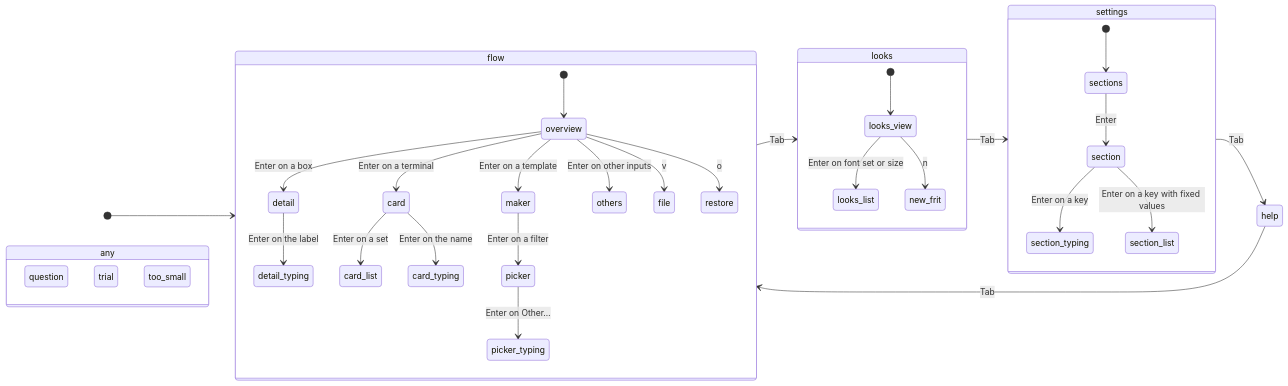
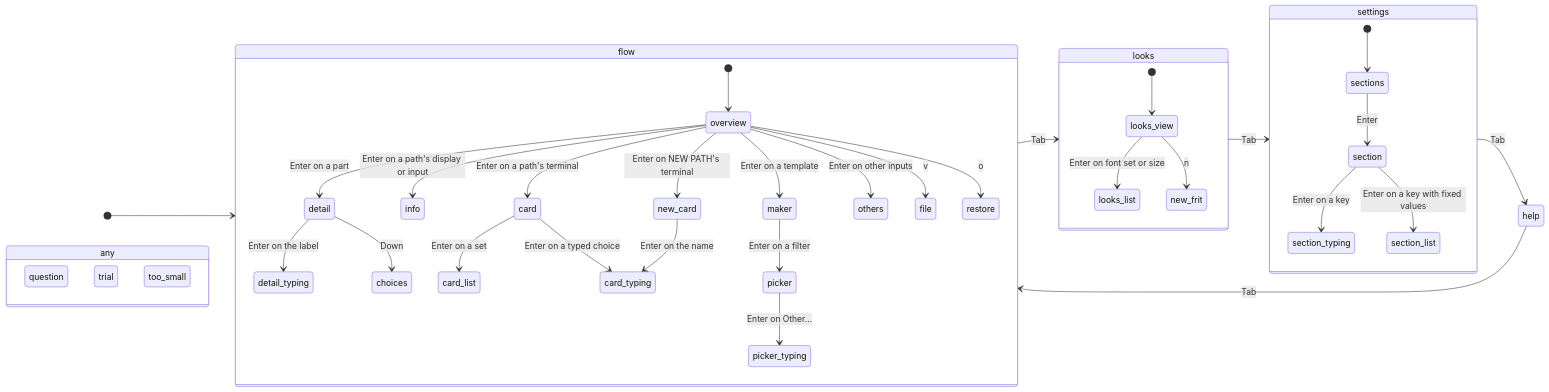
Before and after one commit to vtium/vtium: the diagram in docs/architecture/platform/ADR-1403-vtium-conf-holds-the-configuration-as-one-flow-from-the-displays-to-the-input-devices-and-vtium-config-draws-it.md, drawn with Mermaid. The commit also changed other lines of this file and 17 other files, not shown here.

````diff
--- a/docs/architecture/platform/ADR-1403-vtium-conf-holds-the-configuration-as-one-flow-from-the-displays-to-the-input-devices-and-vtium-config-draws-it.md
+++ b/docs/architecture/platform/ADR-1403-vtium-conf-holds-the-configuration-as-one-flow-from-the-displays-to-the-input-devices-and-vtium-config-draws-it.md
@@ -978,39 +980,43 @@
 ```mermaid
 stateDiagram-v2
     direction LR
     [*] --> flow
     flow --> looks: Tab
     looks --> settings: Tab
     settings --> help: Tab
     help --> flow: Tab
     state flow {
         [*] --> overview
-        overview --> detail: Enter on a box
+        overview --> detail: Enter on a part
         detail --> detail_typing: Enter on the label
-        overview --> card: Enter on a terminal
+        detail --> choices: Down
+        overview --> info: Enter on a path's display or input
+        overview --> card: Enter on a path's terminal
         card --> card_list: Enter on a set
-        card --> card_typing: Enter on the name
+        card --> card_typing: Enter on a typed choice
+        overview --> new_card: Enter on NEW PATH's terminal
+        new_card --> card_typing: Enter on the name
         overview --> maker: Enter on a template
         maker --> picker: Enter on a filter
         picker --> picker_typing: Enter on Other…
         overview --> others: Enter on other inputs
         overview --> file: v
         overview --> restore: o
     }
     state looks {
         [*] --> looks_view
         looks_view --> looks_list: Enter on font set or size
         looks_view --> new_frit: n
     }
     state settings {
         [*] --> sections
         sections --> section: Enter
         section --> section_typing: Enter on a key
         section --> section_list: Enter on a key with fixed values
     }
     state any {
         question
         trial
         too_small
     }
 ```
````
